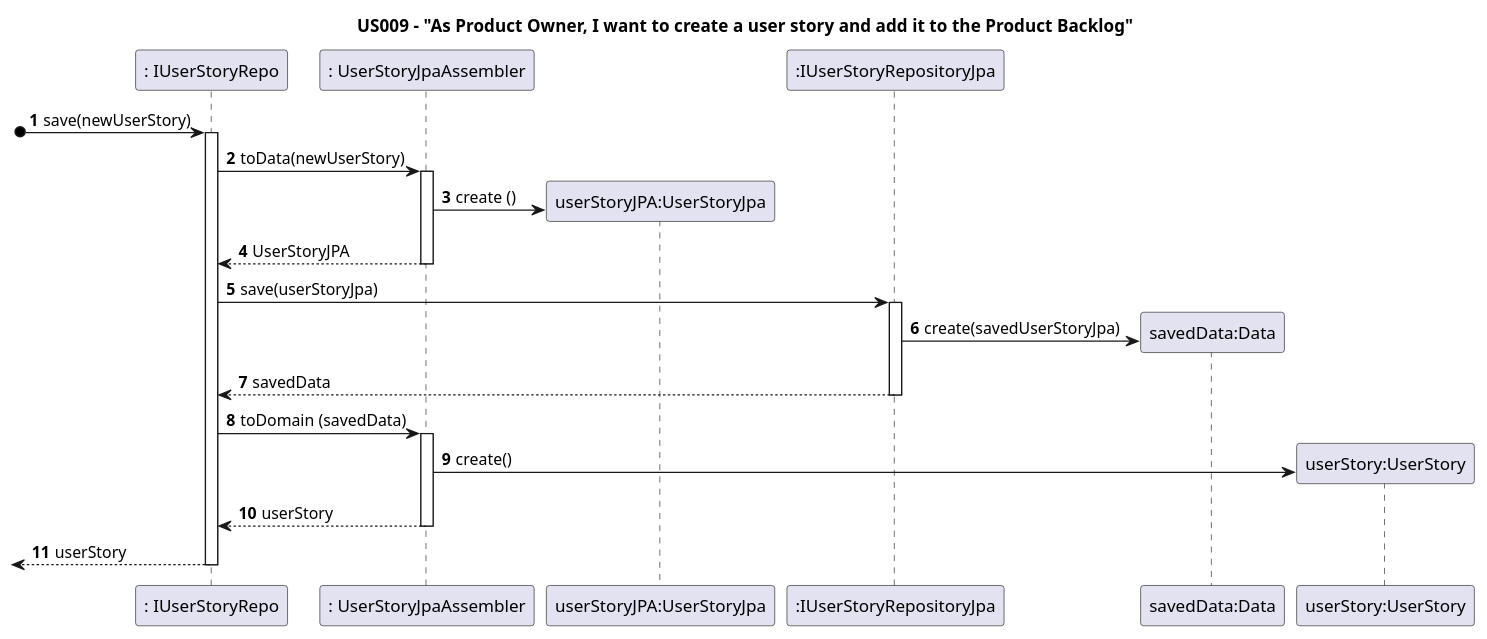
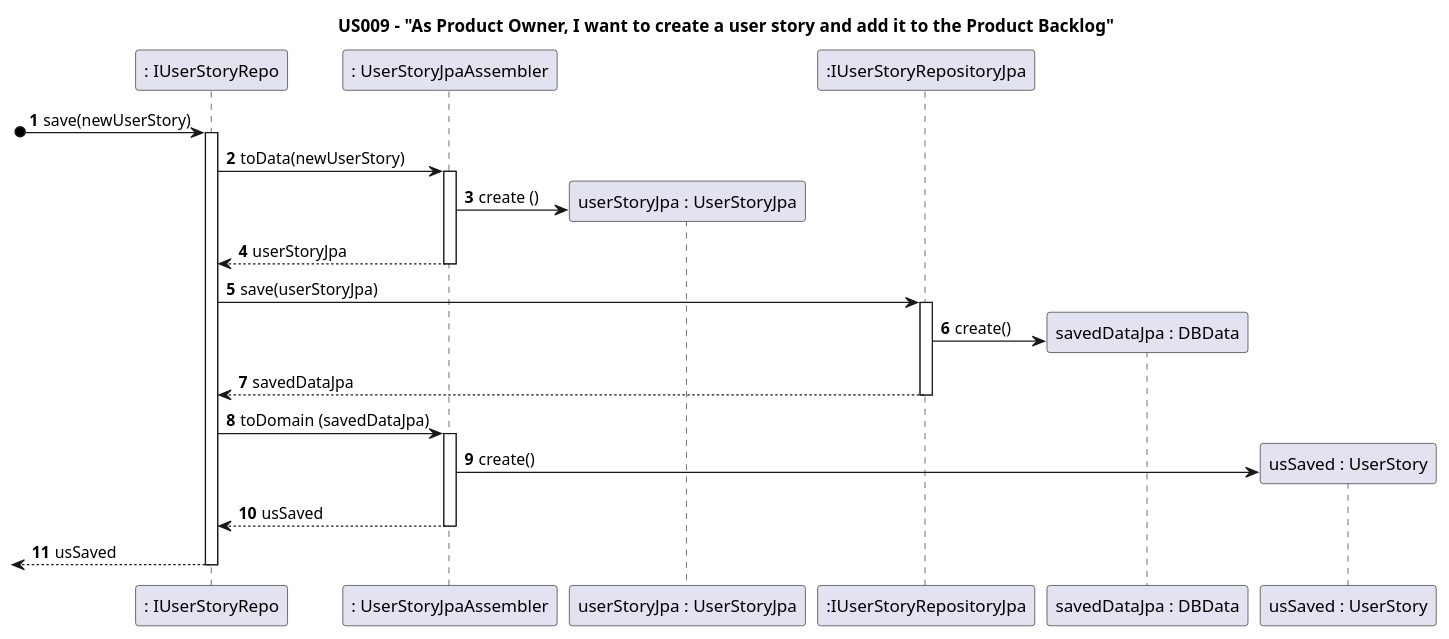
Before and after one commit to nunogon1211787/projectManagement: the diagram in docs/Sprint1/US009/US009-SD-JPA.puml, drawn with PlantUML. The commit also changed 49 other files, not shown here.

```diff
--- a/docs/Sprint1/US009/US009-SD-JPA.puml
+++ b/docs/Sprint1/US009/US009-SD-JPA.puml
@@ -1,27 +1,27 @@
 @startuml
 title US009 - "As Product Owner, I want to create a user story and add it to the Product Backlog"
 
 autoactivate on
 autonumber
 
 participant ": IUserStoryRepo" as Repository
 participant ": UserStoryJpaAssembler" as Assembler
-participant "userStoryJPA:UserStoryJpa" as USJPA
+participant "userStoryJpa : UserStoryJpa" as USJPA
 participant ":IUserStoryRepositoryJpa" as Driver
-participant "savedData:Data" as Data
-participant "userStory:UserStory" as US
+participant "savedDataJpa : DBData" as Data
+participant "usSaved : UserStory" as US
 
 [o->Repository: save(newUserStory)
 Repository -> Assembler : toData(newUserStory)
 Assembler -> USJPA **: create ()
-Assembler --> Repository : UserStoryJPA
+Assembler --> Repository : userStoryJpa
 Repository -> Driver: save(userStoryJpa)
-Driver -> Data**: create(savedUserStoryJpa)
-Driver --> Repository : savedData
-Repository -> Assembler: toDomain (savedData)
+Driver -> Data**: create()
+Driver --> Repository : savedDataJpa
+Repository -> Assembler: toDomain (savedDataJpa)
 Assembler -> US **: create()
-Assembler --> Repository :userStory
+Assembler --> Repository :usSaved
 
-[<--Repository: userStory
+[<--Repository: usSaved
 
 @enduml
```
